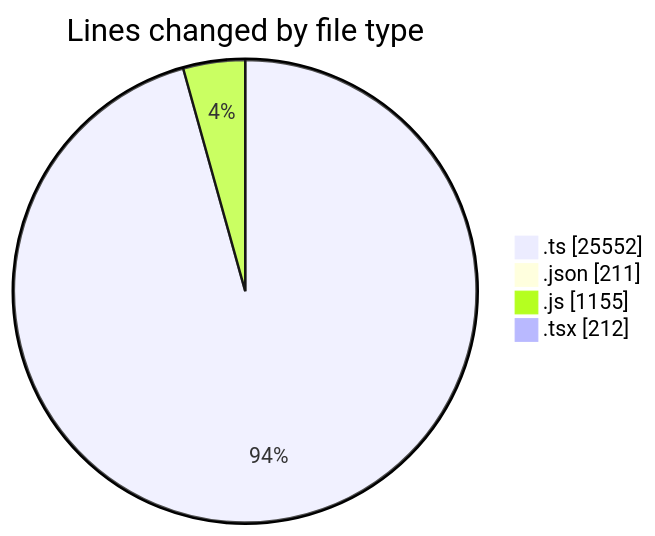
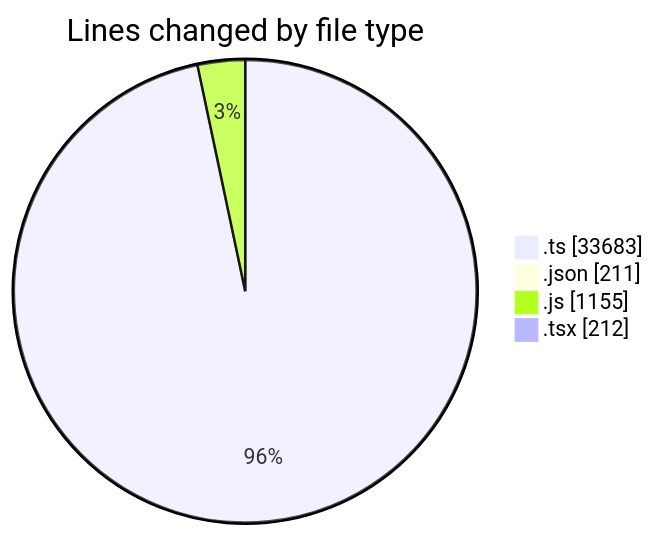
The first of 2 diagrams in 2026-11-04/cda/README.md (momahboobian/code-tracking), drawn with Mermaid before and after one commit. The commit also changed other lines of this file and 1 other file, not shown here.

````diff
--- a/2026-11-04/cda/README.md
+++ b/2026-11-04/cda/README.md
@@ -35,8 +36,8 @@
 ```mermaid
 pie showData
 title Lines changed by file type
-".ts" : 25552
+".ts" : 33683
 ".json" : 211
 ".js" : 1155
 ".tsx" : 212
 ```
````
